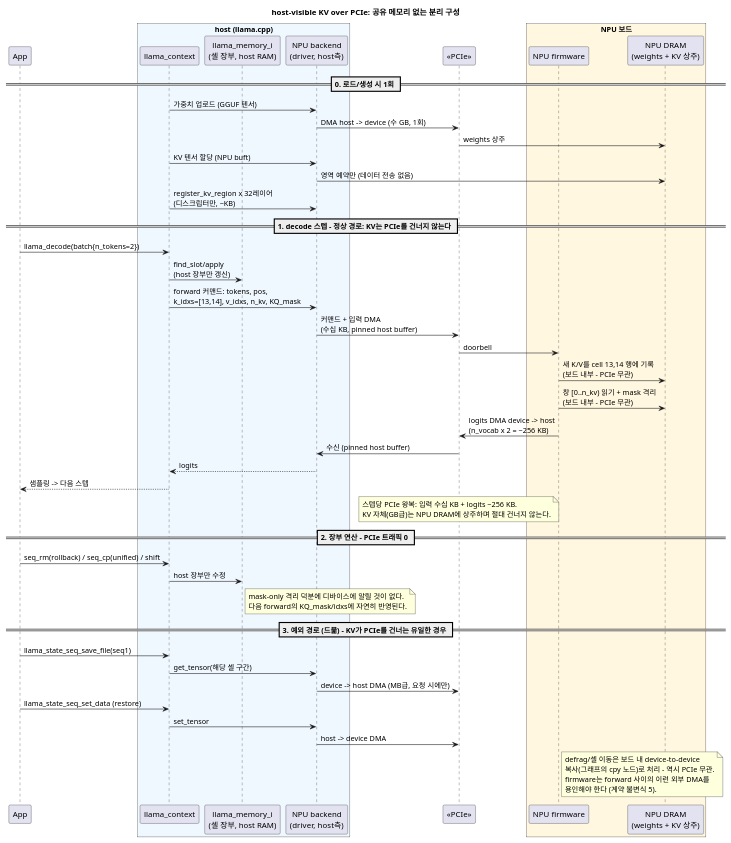
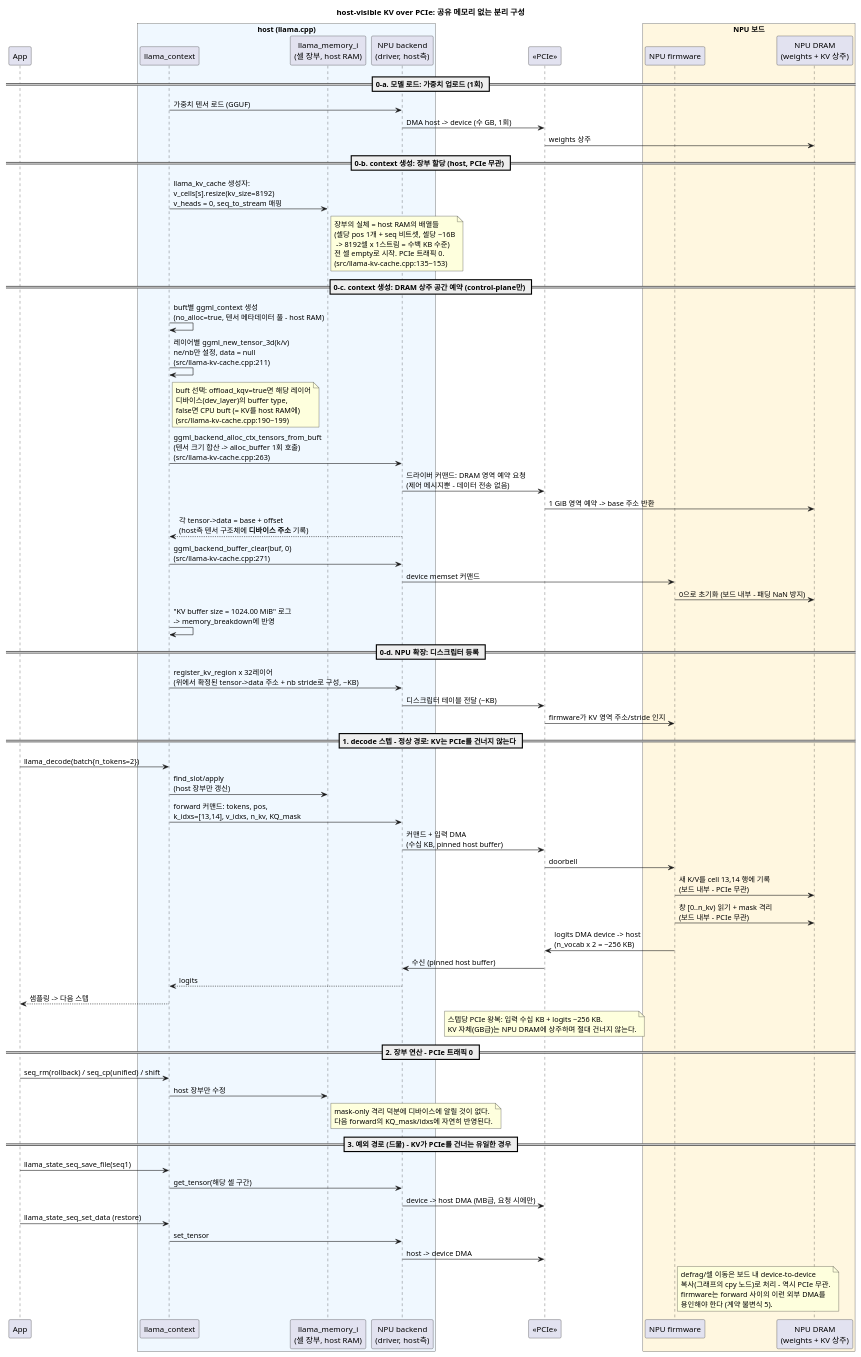
Before and after one commit to froginaz/llama.cpp: the diagram in docs/my_doc/14-host-visible-kv-pcie.puml, drawn with PlantUML. The commit also changed 1 other file, not shown here.

Commit message:
[DOC] detail ledger allocation and DRAM reservation at context creation

```diff
--- a/docs/my_doc/14-host-visible-kv-pcie.puml
+++ b/docs/my_doc/14-host-visible-kv-pcie.puml
@@ -1,63 +1,93 @@
 @startuml
 title host-visible KV over PCIe: 공유 메모리 없는 분리 구성
 
 participant App
 box "host (llama.cpp)" #F0F8FF
   participant "llama_context" as C
   participant "llama_memory_i\n(셀 장부, host RAM)" as MEM
   participant "NPU backend\n(driver, host측)" as B
 end box
 participant "<<PCIe>>" as P
 box "NPU 보드" #FFF7E0
   participant "NPU firmware" as FW
   participant "NPU DRAM\n(weights + KV 상주)" as DRAM
 end box
 
-== 0. 로드/생성 시 1회 ==
-C -> B : 가중치 업로드 (GGUF 텐서)
+== 0-a. 모델 로드: 가중치 업로드 (1회) ==
+C -> B : 가중치 텐서 로드 (GGUF)
 B -> P : DMA host -> device (수 GB, 1회)
 P -> DRAM : weights 상주
-C -> B : KV 텐서 할당 (NPU buft)
-B -> DRAM : 영역 예약만 (데이터 전송 없음)
-C -> B : register_kv_region x 32레이어\n(디스크립터만, ~KB)
+
+== 0-b. context 생성: 장부 할당 (host, PCIe 무관) ==
+C -> MEM : llama_kv_cache 생성자:\nv_cells[s].resize(kv_size=8192)\nv_heads = 0, seq_to_stream 매핑
+note right of MEM
+  장부의 실체 = host RAM의 배열들
+  (셀당 pos 1개 + seq 비트셋, 셀당 ~16B
+   -> 8192셀 x 1스트림 = 수백 KB 수준)
+  전 셀 empty로 시작. PCIe 트래픽 0.
+  (src/llama-kv-cache.cpp:135~153)
+end note
+
+== 0-c. context 생성: DRAM 상주 공간 예약 (control-plane만) ==
+C -> C : buft별 ggml_context 생성\n(no_alloc=true, 텐서 메타데이터 풀 - host RAM)
+C -> C : 레이어별 ggml_new_tensor_3d(k/v)\nne/nb만 설정, data = null\n(src/llama-kv-cache.cpp:211)
+note right of C
+  buft 선택: offload_kqv=true면 해당 레이어
+  디바이스(dev_layer)의 buffer type,
+  false면 CPU buft (= KV를 host RAM에)
+  (src/llama-kv-cache.cpp:190~199)
+end note
+C -> B : ggml_backend_alloc_ctx_tensors_from_buft\n(텐서 크기 합산 -> alloc_buffer 1회 호출)\n(src/llama-kv-cache.cpp:263)
+B -> P : 드라이버 커맨드: DRAM 영역 예약 요청\n(제어 메시지뿐 - 데이터 전송 없음)
+P -> DRAM : 1 GiB 영역 예약 -> base 주소 반환
+B --> C : 각 tensor->data = base + offset\n(host측 텐서 구조체에 **디바이스 주소** 기록)
+C -> B : ggml_backend_buffer_clear(buf, 0)\n(src/llama-kv-cache.cpp:271)
+B -> FW : device memset 커맨드
+FW -> DRAM : 0으로 초기화 (보드 내부 - 패딩 NaN 방지)
+C -> C : "KV buffer size = 1024.00 MiB" 로그\n-> memory_breakdown에 반영
+
+== 0-d. NPU 확장: 디스크립터 등록 ==
+C -> B : register_kv_region x 32레이어\n(위에서 확정된 tensor->data 주소 + nb stride로 구성, ~KB)
+B -> P : 디스크립터 테이블 전달 (~KB)
+P -> FW : firmware가 KV 영역 주소/stride 인지
 
 == 1. decode 스텝 - 정상 경로: KV는 PCIe를 건너지 않는다 ==
 App -> C : llama_decode(batch{n_tokens=2})
 C -> MEM : find_slot/apply\n(host 장부만 갱신)
 C -> B : forward 커맨드: tokens, pos,\nk_idxs=[13,14], v_idxs, n_kv, KQ_mask
 B -> P : 커맨드 + 입력 DMA\n(수십 KB, pinned host buffer)
 P -> FW : doorbell
 FW -> DRAM : 새 K/V를 cell 13,14 행에 기록\n(보드 내부 - PCIe 무관)
 FW -> DRAM : 창 [0..n_kv) 읽기 + mask 격리\n(보드 내부 - PCIe 무관)
 FW -> P : logits DMA device -> host\n(n_vocab x 2 = ~256 KB)
 P -> B : 수신 (pinned host buffer)
 B --> C : logits
 C --> App : 샘플링 -> 다음 스텝
 
 note over P
   스텝당 PCIe 왕복: 입력 수십 KB + logits ~256 KB.
   KV 자체(GB급)는 NPU DRAM에 상주하며 절대 건너지 않는다.
 end note
 
 == 2. 장부 연산 - PCIe 트래픽 0 ==
 App -> C : seq_rm(rollback) / seq_cp(unified) / shift
 C -> MEM : host 장부만 수정
 note right of MEM
   mask-only 격리 덕분에 디바이스에 알릴 것이 없다.
   다음 forward의 KQ_mask/idxs에 자연히 반영된다.
 end note
 
 == 3. 예외 경로 (드묾) - KV가 PCIe를 건너는 유일한 경우 ==
 App -> C : llama_state_seq_save_file(seq1)
 C -> B : get_tensor(해당 셀 구간)
 B -> P : device -> host DMA (MB급, 요청 시에만)
 App -> C : llama_state_seq_set_data (restore)
 C -> B : set_tensor
 B -> P : host -> device DMA
 note right of FW
   defrag/셀 이동은 보드 내 device-to-device
   복사(그래프의 cpy 노드)로 처리 - 역시 PCIe 무관.
   firmware는 forward 사이의 이런 외부 DMA를
   용인해야 한다 (계약 불변식 5).
 end note
 @enduml
```
